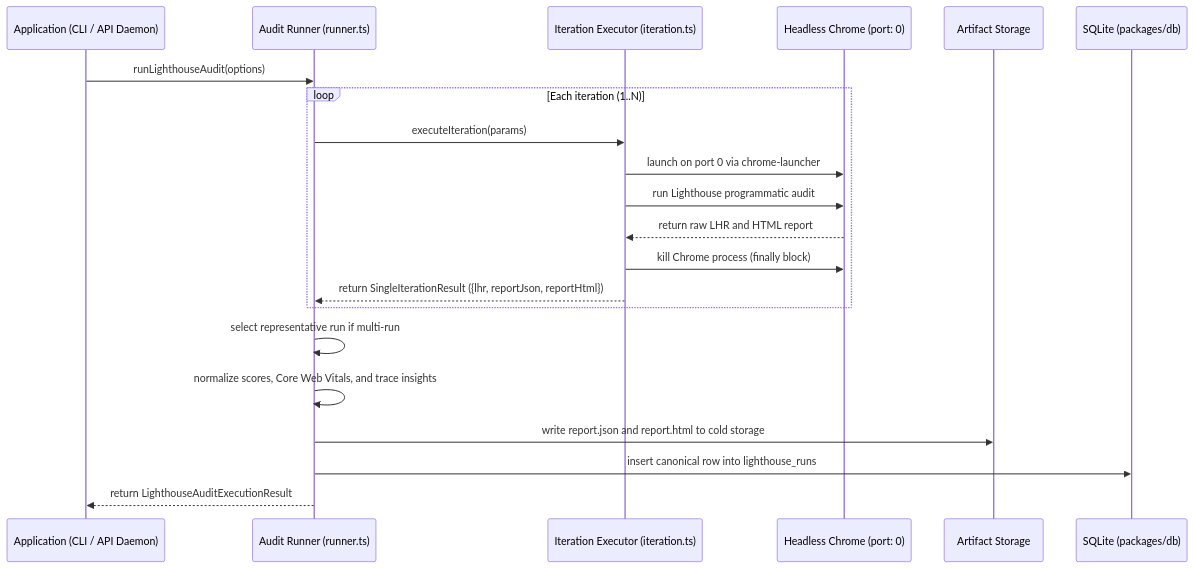
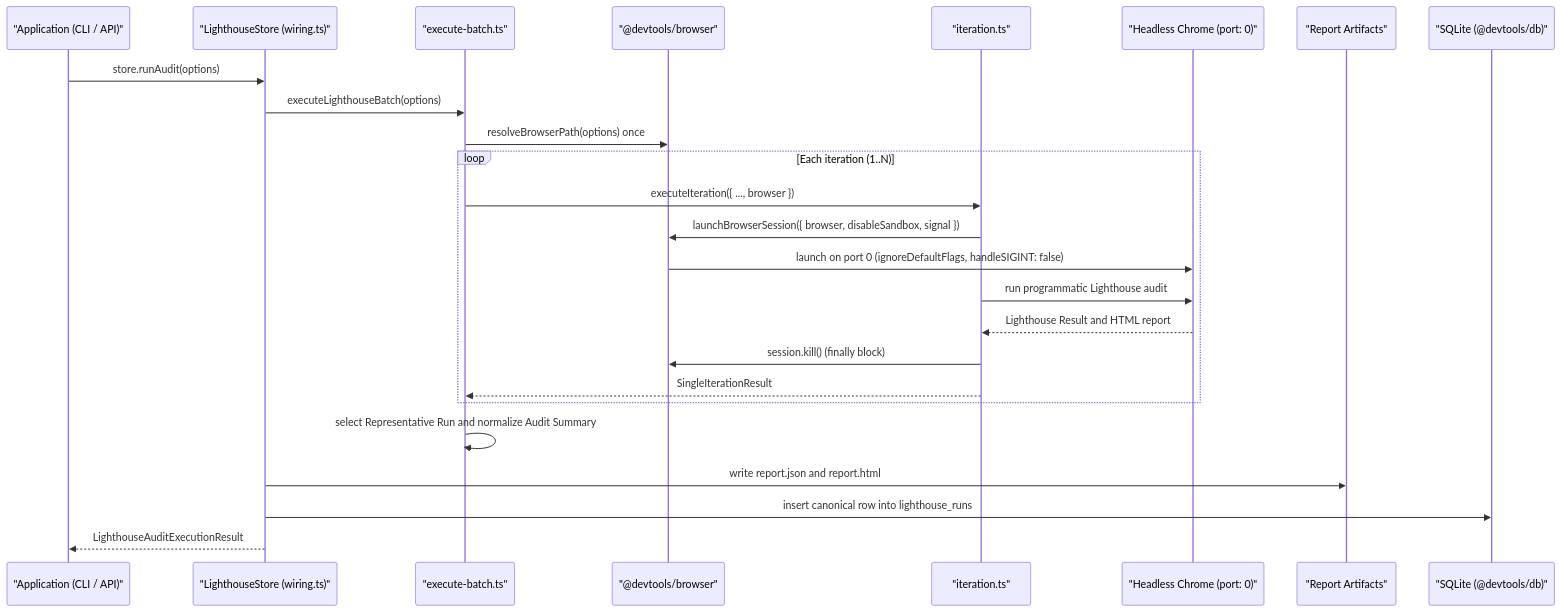
One commit to ahmedhanye/devtools changed the diagram in docs/architecture/lighthouse.md. Above: the diagram before and after it, drawn with Mermaid. The commit also changed other lines of this file and 50 other files, not shown here.

Commit message:
docs: reorganize architecture, standards, testing, and PR guides

````diff
--- a/docs/architecture/lighthouse.md
+++ b/docs/architecture/lighthouse.md
@@ -35,24 +18,28 @@
 ```mermaid
 sequenceDiagram
-    participant App as Application (CLI / API Daemon)
-    participant Runner as Audit Runner (runner.ts)
-    participant Iter as Iteration Executor (iteration.ts)
-    participant Chrome as Headless Chrome (port: 0)
-    participant Disk as Artifact Storage
-    participant DB as SQLite (packages/db)
+    participant App as "Application (CLI / API)"
+    participant Store as "LighthouseStore (wiring.ts)"
+    participant Batch as "execute-batch.ts"
+    participant Browser as "@devtools/browser"
+    participant Iter as "iteration.ts"
+    participant Chrome as "Headless Chrome (port: 0)"
+    participant Disk as "Report Artifacts"
+    participant DB as "SQLite (@devtools/db)"
 
-    App->>Runner: runLighthouseAudit(options)
+    App->>Store: store.runAudit(options)
+    Store->>Batch: executeLighthouseBatch(options)
+    Batch->>Browser: resolveBrowserPath(options) once
     loop Each iteration (1..N)
-        Runner->>Iter: executeIteration(params)
-        Iter->>Chrome: launch on port 0 via chrome-launcher
-        Iter->>Chrome: run Lighthouse programmatic audit
-        Chrome-->>Iter: return raw LHR and HTML report
-        Iter->>Chrome: kill Chrome process (finally block)
-        Iter-->>Runner: return SingleIterationResult ({lhr, reportJson, reportHtml})
+        Batch->>Iter: executeIteration({ ..., browser })
+        Iter->>Browser: launchBrowserSession({ browser, disableSandbox, signal })
+        Browser->>Chrome: launch on port 0 (ignoreDefaultFlags, handleSIGINT: false)
+        Iter->>Chrome: run programmatic Lighthouse audit
+        Chrome-->>Iter: Lighthouse Result and HTML report
+        Iter->>Browser: session.kill() (finally block)
+        Iter-->>Batch: SingleIterationResult
     end
-    Runner->>Runner: select representative run if multi-run
-    Runner->>Runner: normalize scores, Core Web Vitals, and trace insights
-    Runner->>Disk: write report.json and report.html to cold storage
-    Runner->>DB: insert canonical row into lighthouse_runs
-    Runner-->>App: return LighthouseAuditExecutionResult
+    Batch->>Batch: select Representative Run and normalize Audit Summary
+    Store->>Disk: write report.json and report.html
+    Store->>DB: insert canonical row into lighthouse_runs
+    Store-->>App: LighthouseAuditExecutionResult
 ```
````
